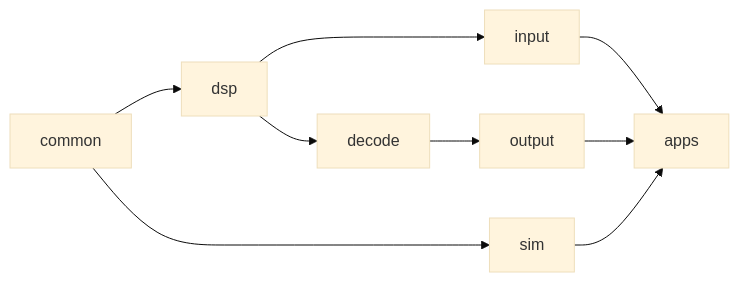
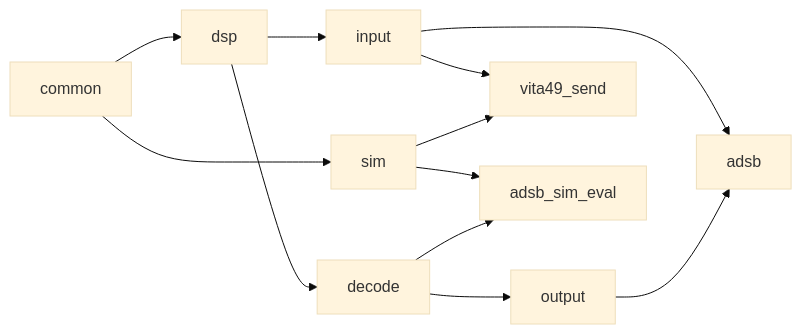
One commit to bts164/ADSB-Decoder changed the first of 3 diagrams in README.md. Above: the diagram before and after it, drawn with Mermaid (base theme). The commit also changed other lines of this file and 159 other files, not shown here.

````diff
--- a/README.md
+++ b/README.md
@@ -47,10 +212,10 @@
 ```mermaid
 flowchart LR
-    common --> dsp --> decode
+    common --> dsp --> decode --> output
     dsp --> input
-    decode --> output
     common --> sim
-    input --> apps
-    output --> apps
-    sim --> apps
+    input --> adsb & vita49_send
+    output --> adsb
+    sim --> vita49_send & adsb_sim_eval
+    decode --> adsb_sim_eval
 ```
````
